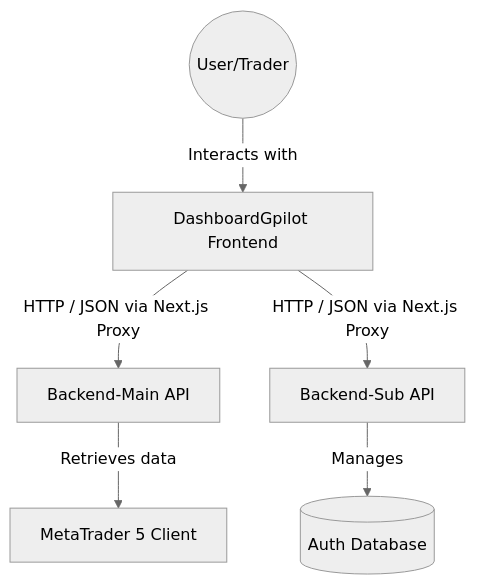
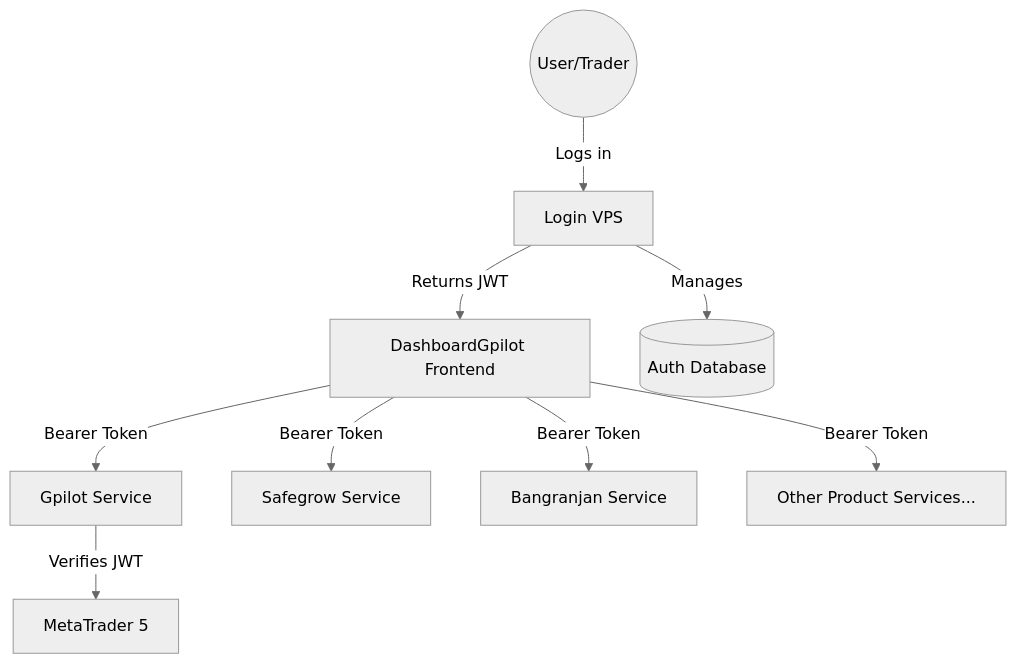
Before and after one commit to TXRZXN/DashboardGpilot: the diagram in ARCHITECTURE.md, drawn with Mermaid (neutral theme). The commit also changed other lines of this file and 22 other files, not shown here.

Commit message:
feat: implement core frontend infrastructure including API client, services, and dashboard/history features

````diff
--- a/ARCHITECTURE.md
+++ b/ARCHITECTURE.md
@@ -9,8 +9,13 @@
 ```mermaid
 graph TD
-    User((User/Trader)) -->|Interacts with| Frontend[DashboardGpilot Frontend]
-    Frontend -->|HTTP / JSON via Next.js Proxy| BackendMain[Backend-Main API]
-    Frontend -->|HTTP / JSON via Next.js Proxy| BackendSub[Backend-Sub API]
-    BackendMain -->|Retrieves data| MT5[MetaTrader 5 Client]
-    BackendSub -->|Manages| AuthDB[(Auth Database)]
+    User((User/Trader)) -->|Logs in| LoginVPS[Login VPS]
+    LoginVPS -->|Returns JWT| Frontend[DashboardGpilot Frontend]
+    
+    Frontend -->|Bearer Token| GpilotAPI[Gpilot Service]
+    Frontend -->|Bearer Token| SafegrowAPI[Safegrow Service]
+    Frontend -->|Bearer Token| BangranjanAPI[Bangranjan Service]
+    Frontend -->|Bearer Token| Others[Other Product Services...]
+    
+    GpilotAPI -->|Verifies JWT| MT5[MetaTrader 5]
+    LoginVPS -->|Manages| AuthDB[(Auth Database)]
 ```
````
